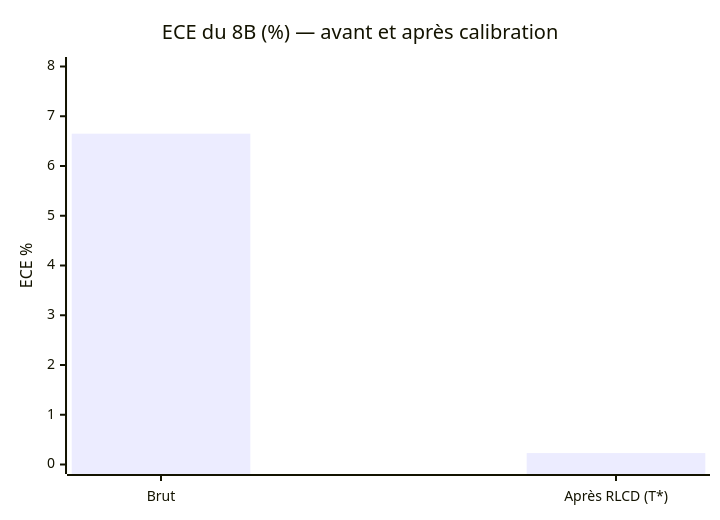
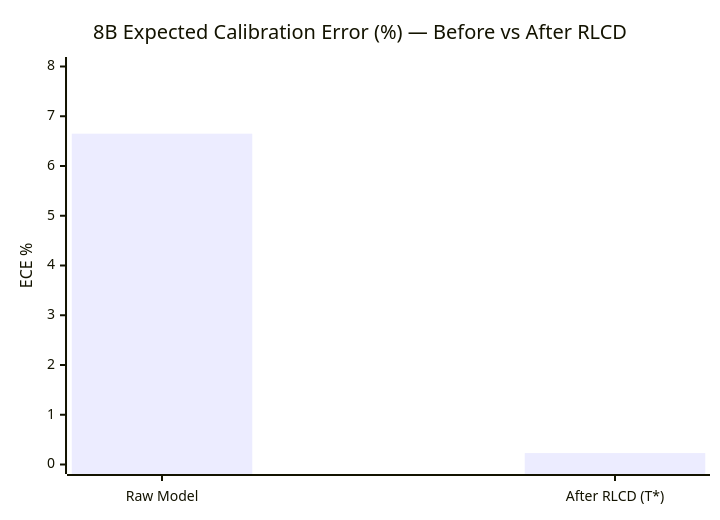
Before and after one commit to yohanargentina-oss/Foq: the third of 6 diagrams in BENCHMARKS.md, drawn with Mermaid. The commit also changed other lines of this file and 15 other files, not shown here.

````diff
--- a/BENCHMARKS.md
+++ b/BENCHMARKS.md
@@ -77,7 +61,7 @@
 ```mermaid
 xychart-beta
-    title "ECE du 8B (%) — avant et après calibration"
-    x-axis ["Brut", "Après RLCD (T*)"]
+    title "8B Expected Calibration Error (%) — Before vs After RLCD"
+    x-axis ["Raw Model", "After RLCD (T*)"]
     y-axis "ECE %" 0 --> 8
     bar [6.65, 0.23]
 ```
````
